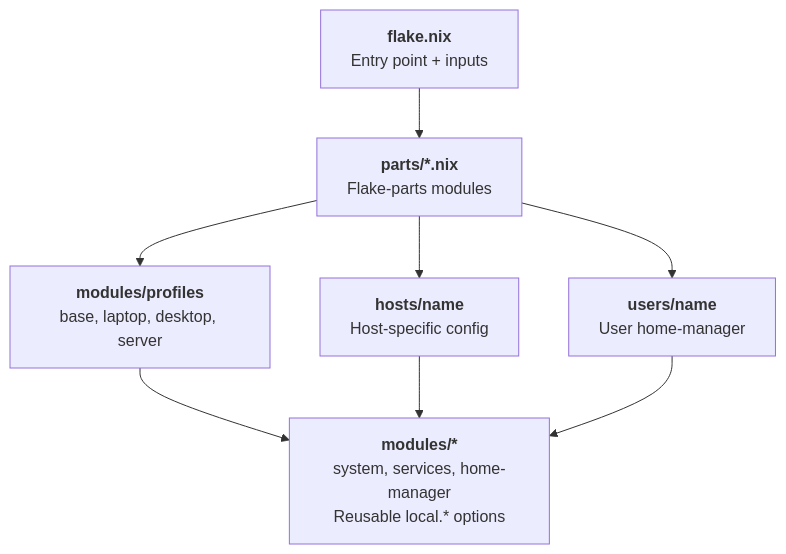
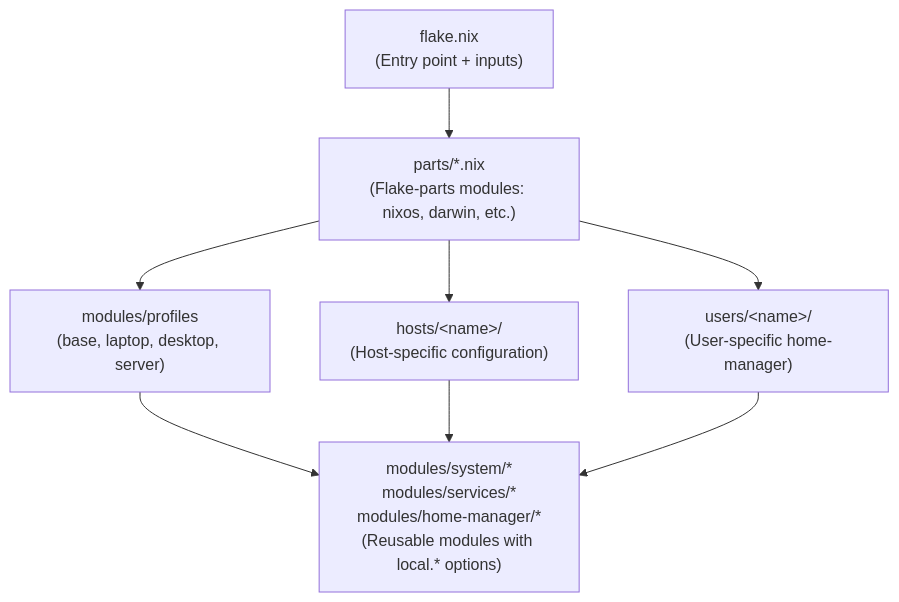
One commit to AdrielVelazquez/nixos-config changed the first of 2 diagrams in README.md. Above: the diagram before and after it, drawn with Mermaid.

Commit message:
Updating the chart

````diff
--- a/README.md
+++ b/README.md
@@ -24,10 +24,17 @@
 ```mermaid
 flowchart TD
-    A["<b>flake.nix</b><br/>Entry point + inputs"] --> B["<b>parts/*.nix</b><br/>Flake-parts modules"]
-    B --> C["<b>modules/profiles</b><br/>base, laptop, desktop, server"]
-    B --> D["<b>hosts/name</b><br/>Host-specific config"]
-    B --> E["<b>users/name</b><br/>User home-manager"]
-    C --> F["<b>modules/*</b><br/>system, services, home-manager<br/>Reusable local.* options"]
+    A["flake.nix<br/>(Entry point + inputs)"]
+    B["parts/*.nix<br/>(Flake-parts modules: nixos, darwin, etc.)"]
+    C["modules/profiles<br/>(base, laptop, desktop, server)"]
+    D["hosts/&lt;name&gt;/<br/>(Host-specific configuration)"]
+    E["users/&lt;name&gt;/<br/>(User-specific home-manager)"]
+    F["modules/system/*<br/>modules/services/*<br/>modules/home-manager/*<br/>(Reusable modules with local.* options)"]
+
+    A --> B
+    B --> C
+    B --> D
+    B --> E
+    C --> F
     D --> F
     E --> F
 ```
````
